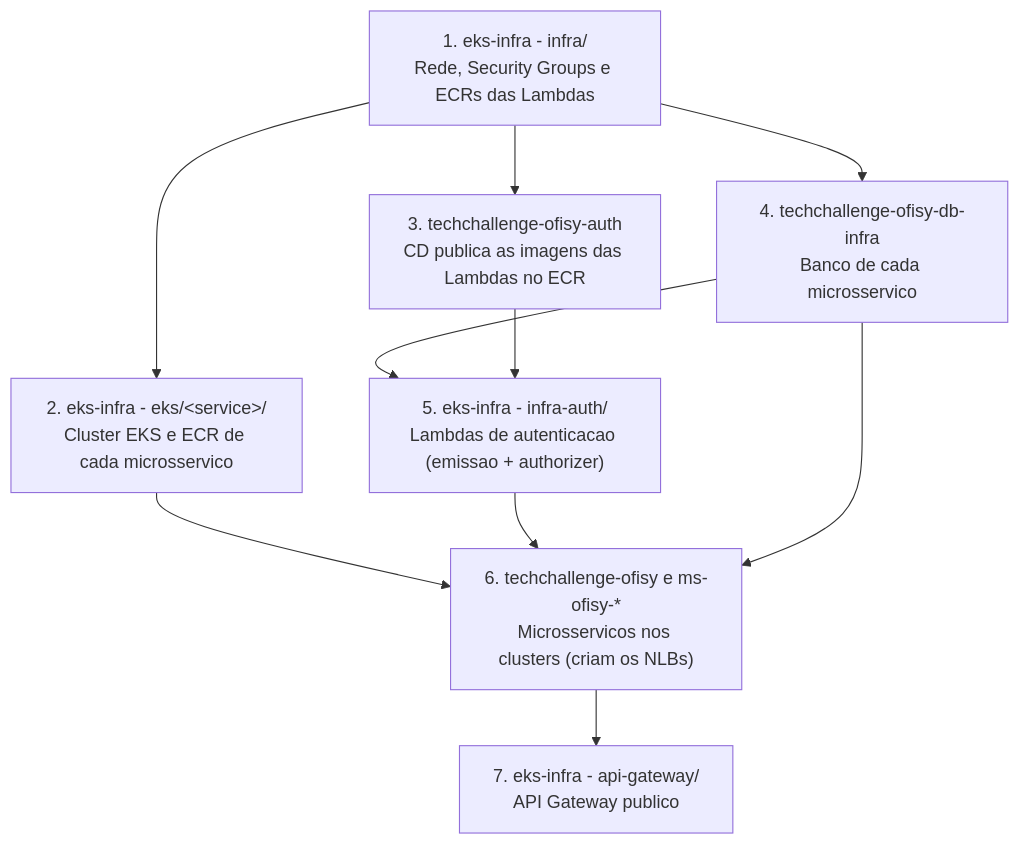
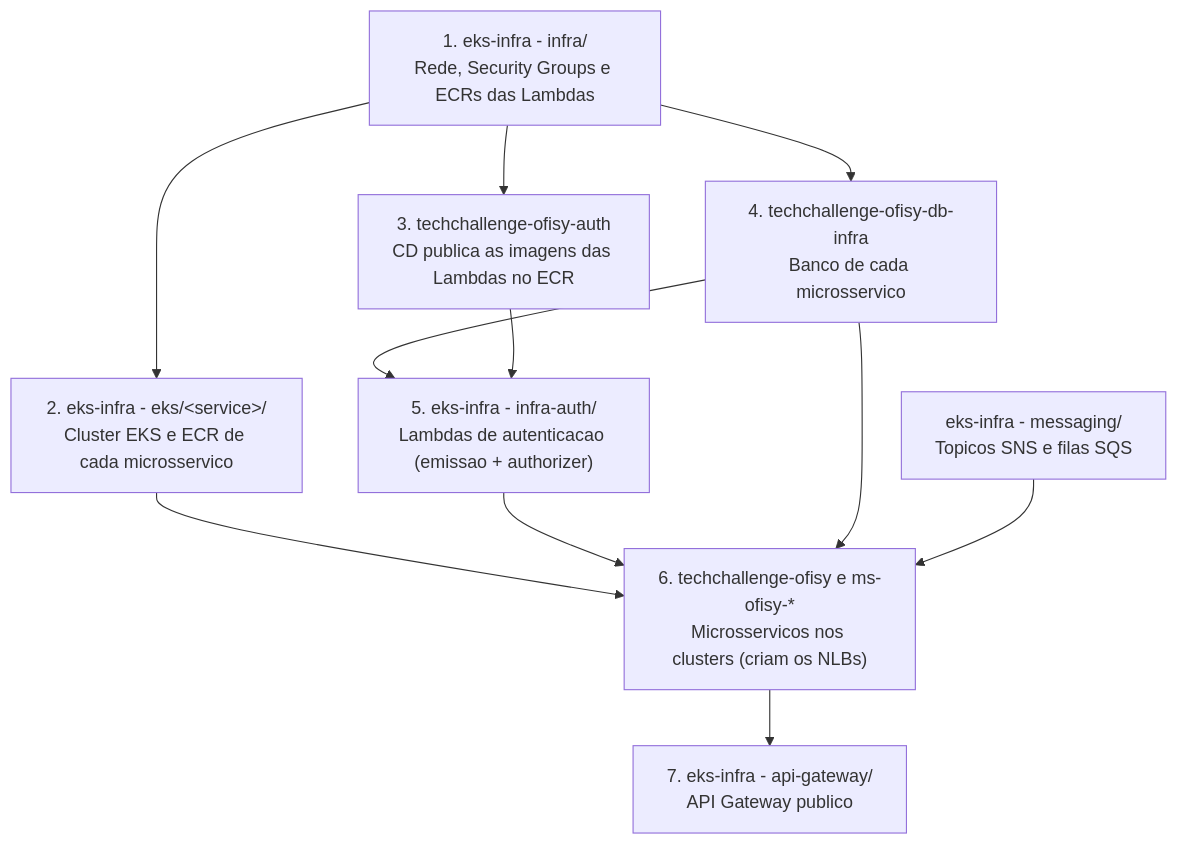
The diagram in README.md (15SOAT-FIAP/techchallenge-ofisy-eks-infra), drawn with Mermaid before and after one commit. The commit also changed other lines of this file, not shown here.

````diff
--- a/README.md
+++ b/README.md
@@ -63,15 +65,17 @@
 ```mermaid
 flowchart TD
     P1["1. eks-infra - infra/<br/>Rede, Security Groups e ECRs das Lambdas"]
     P2["2. eks-infra - eks/&lt;service&gt;/<br/>Cluster EKS e ECR de cada microsservico"]
     P3["3. techchallenge-ofisy-auth<br/>CD publica as imagens das Lambdas no ECR"]
     P4["4. techchallenge-ofisy-db-infra<br/>Banco de cada microsservico"]
     P5["5. eks-infra - infra-auth/<br/>Lambdas de autenticacao (emissao + authorizer)"]
     P6["6. techchallenge-ofisy e ms-ofisy-*<br/>Microsservicos nos clusters (criam os NLBs)"]
     P7["7. eks-infra - api-gateway/<br/>API Gateway publico"]
+    PM["eks-infra - messaging/<br/>Topicos SNS e filas SQS"]
 
     P1 --> P2 --> P6
     P1 --> P4 --> P5 --> P6 --> P7
     P1 --> P3 --> P5
     P4 --> P6
+    PM --> P6
 ```
````
